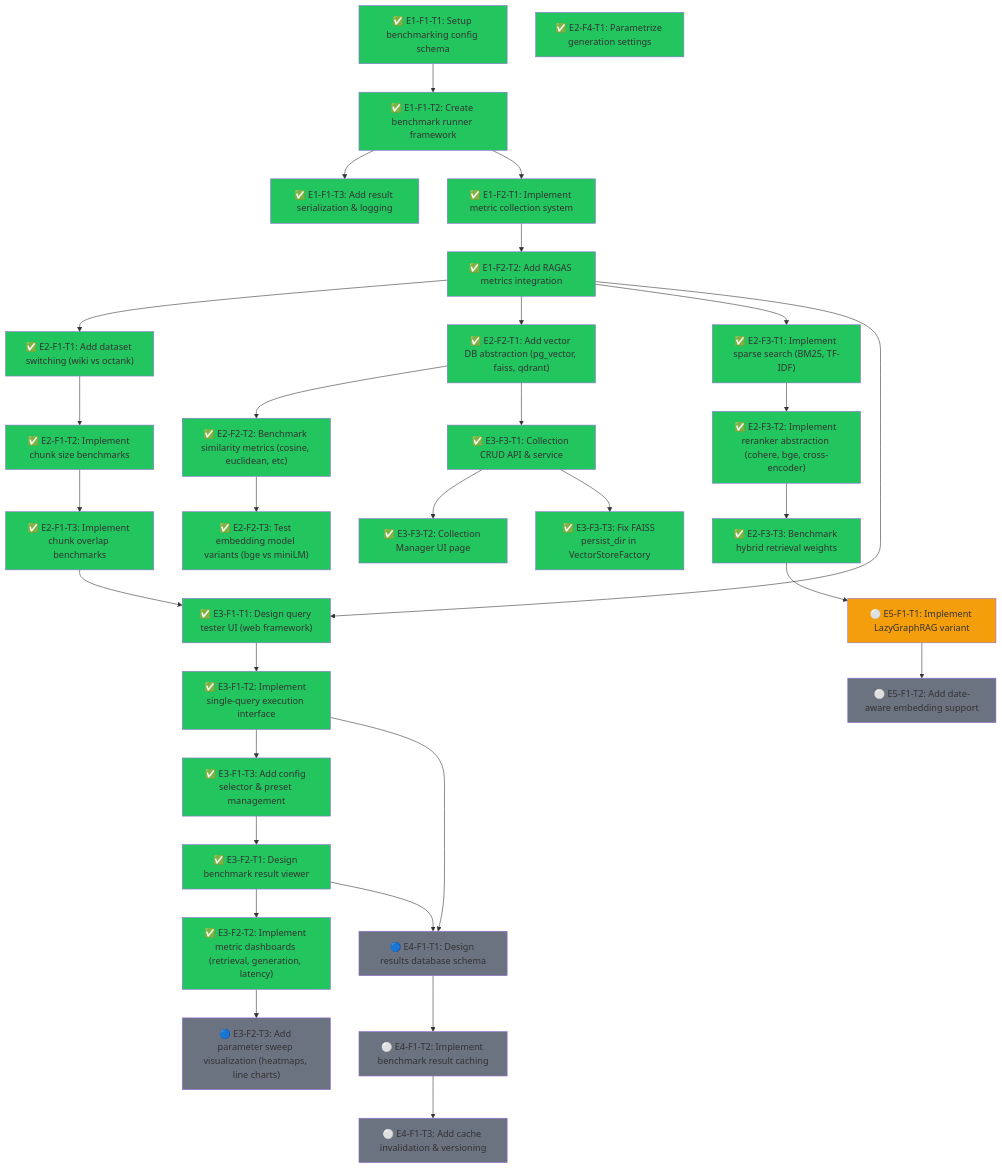
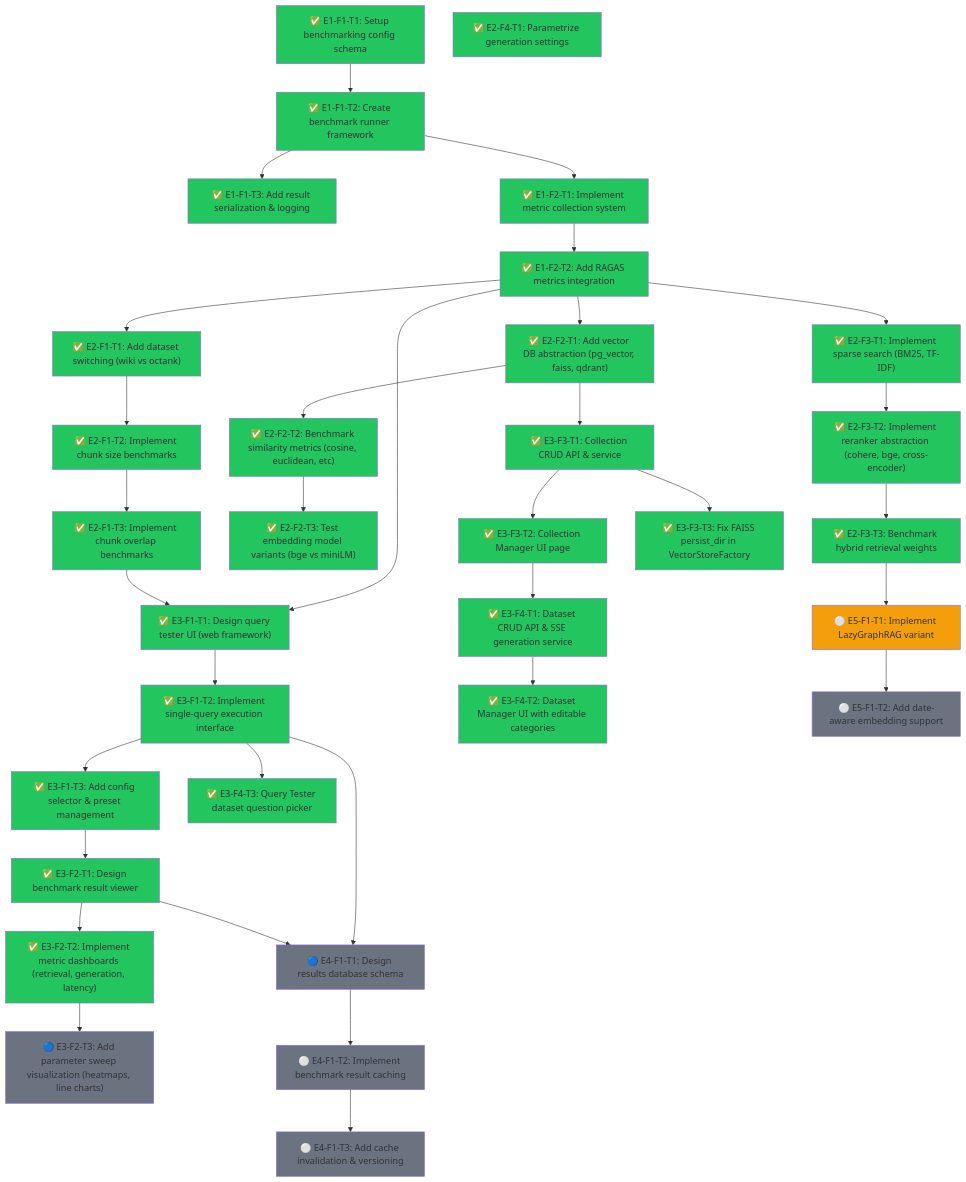
The diagram in ROADMAP.md (Vutiot/EvenementsRAG), drawn with Mermaid before and after one commit. The commit also changed other lines of this file, not shown here.

Commit message:
+ Roadmap.md

```diff
--- a/ROADMAP.md
+++ b/ROADMAP.md
@@ -43,6 +43,10 @@
   E3F3T1["✅ E3-F3-T1: Collection CRUD API & service"]
   E3F3T2["✅ E3-F3-T2: Collection Manager UI page"]
   E3F3T3["✅ E3-F3-T3: Fix FAISS persist_dir in VectorStoreFactory"]
+
+  E3F4T1["✅ E3-F4-T1: Dataset CRUD API & SSE generation service"]
+  E3F4T2["✅ E3-F4-T2: Dataset Manager UI with editable categories"]
+  E3F4T3["✅ E3-F4-T3: Query Tester dataset question picker"]
 
   E4F1T1["🔵 E4-F1-T1: Design results database schema"]
   E4F1T2["⚪ E4-F1-T2: Implement benchmark result caching"]
@@ -78,6 +82,10 @@
   E3F3T1 --> E3F3T2
   E3F3T1 --> E3F3T3
 
+  E3F3T2 --> E3F4T1
+  E3F4T1 --> E3F4T2
+  E3F1T2 --> E3F4T3
+
   E3F1T2 --> E4F1T1
   E3F2T1 --> E4F1T1
   E4F1T1 --> E4F1T2
@@ -110,6 +118,9 @@
   style E3F3T1 fill:#22c55e
   style E3F3T2 fill:#22c55e
   style E3F3T3 fill:#22c55e
+  style E3F4T1 fill:#22c55e
+  style E3F4T2 fill:#22c55e
+  style E3F4T3 fill:#22c55e
   style E4F1T1 fill:#6b7280
   style E4F1T2 fill:#6b7280
   style E4F1T3 fill:#6b7280
```
